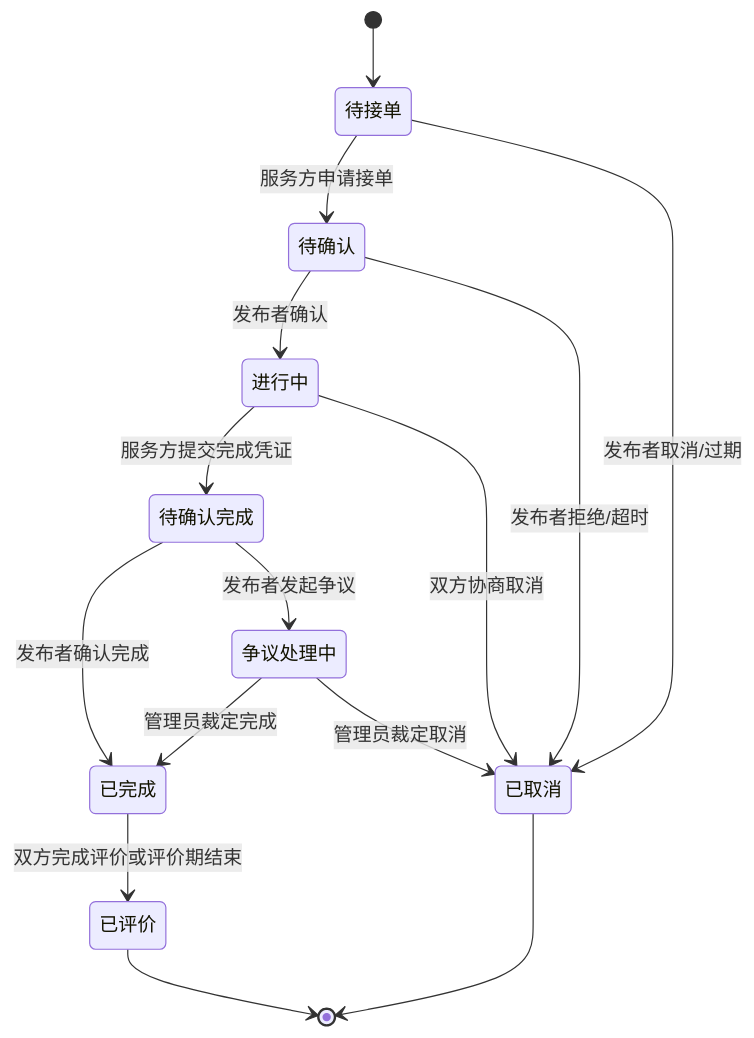
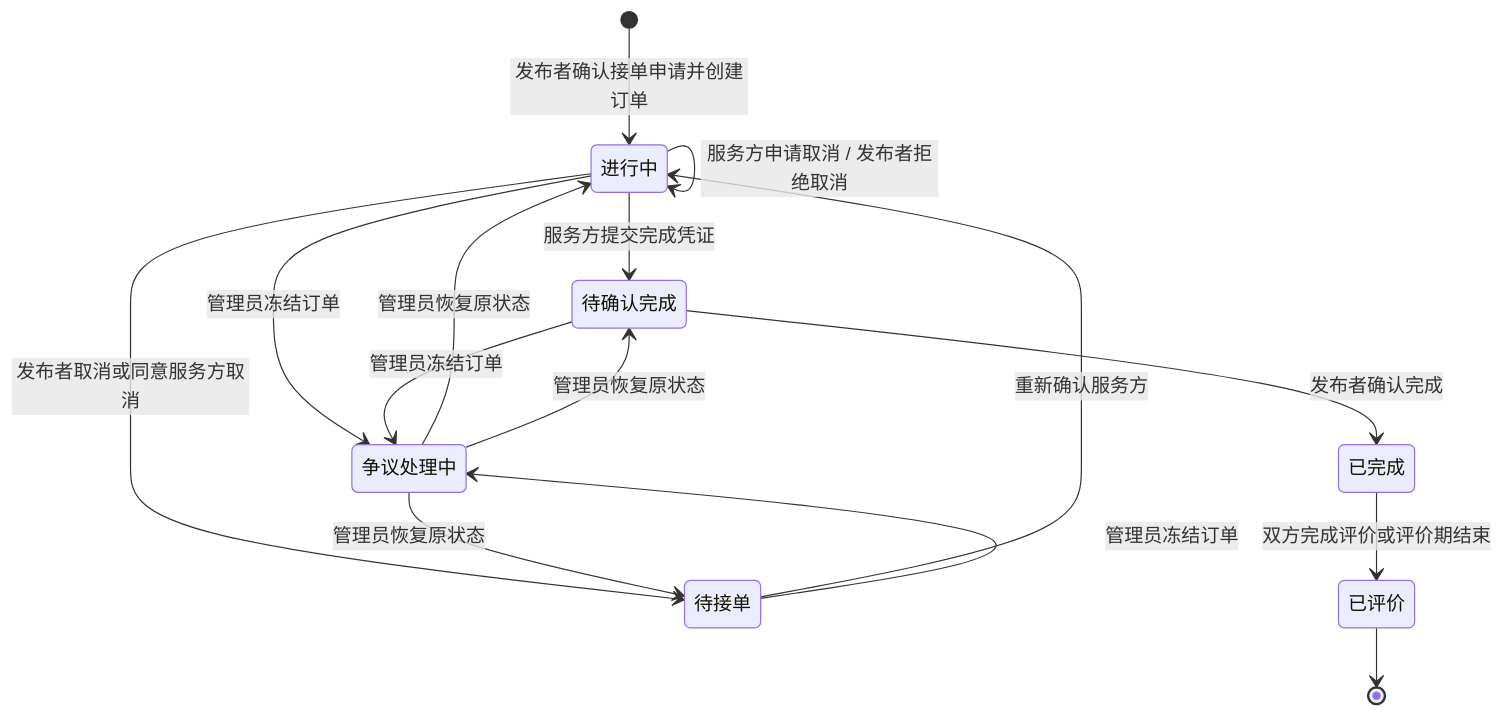
The third of 4 diagrams in docs/P2/03-architecture-design.md (duomaameng/CampusHub), drawn with Mermaid before and after one commit. The commit also changed other lines of this file and 23 other files, not shown here.

Commit message:
相关图片

````diff
--- a/docs/P2/03-architecture-design.md
+++ b/docs/P2/03-architecture-design.md
@@ -230,17 +231,17 @@
 ```mermaid
 stateDiagram-v2
-    [*] --> 待接单
-    待接单 --> 待确认: 服务方申请接单
-    待确认 --> 进行中: 发布者确认
-    待确认 --> 已取消: 发布者拒绝/超时
+    [*] --> 进行中: 发布者确认接单申请并创建订单
+    待接单 --> 进行中: 重新确认服务方
     进行中 --> 待确认完成: 服务方提交完成凭证
+    进行中 --> 进行中: 服务方申请取消 / 发布者拒绝取消
+    进行中 --> 待接单: 发布者取消或同意服务方取消
     待确认完成 --> 已完成: 发布者确认完成
-    待确认完成 --> 争议处理中: 发布者发起争议
-    争议处理中 --> 已完成: 管理员裁定完成
-    争议处理中 --> 已取消: 管理员裁定取消
+    进行中 --> 争议处理中: 管理员冻结订单
+    待确认完成 --> 争议处理中: 管理员冻结订单
+    待接单 --> 争议处理中: 管理员冻结订单
+    争议处理中 --> 进行中: 管理员恢复原状态
+    争议处理中 --> 待确认完成: 管理员恢复原状态
+    争议处理中 --> 待接单: 管理员恢复原状态
     已完成 --> 已评价: 双方完成评价或评价期结束
-    待接单 --> 已取消: 发布者取消/过期
-    进行中 --> 已取消: 双方协商取消
-    已取消 --> [*]
     已评价 --> [*]
 ```
````
